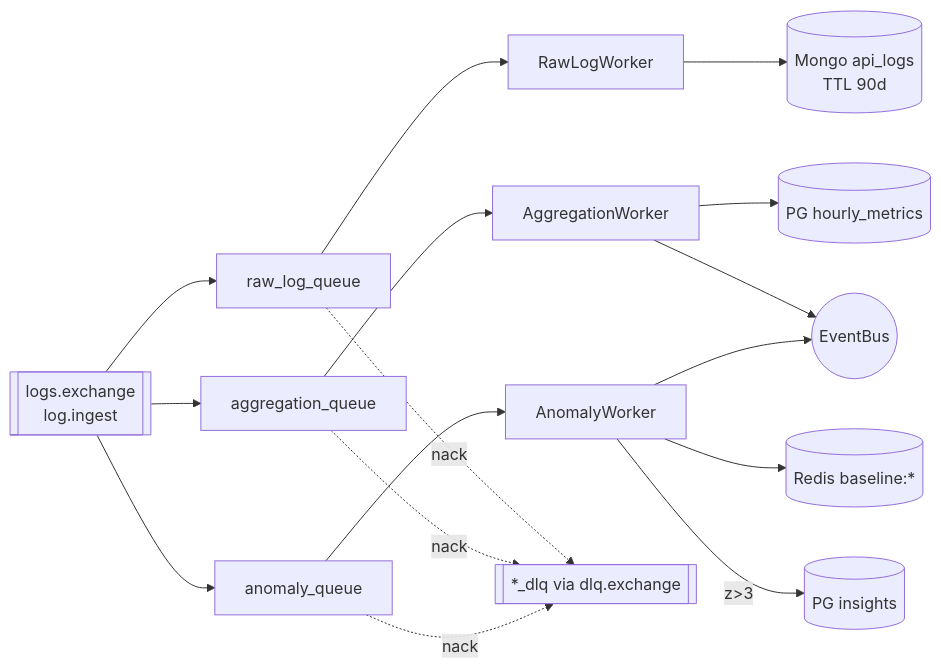
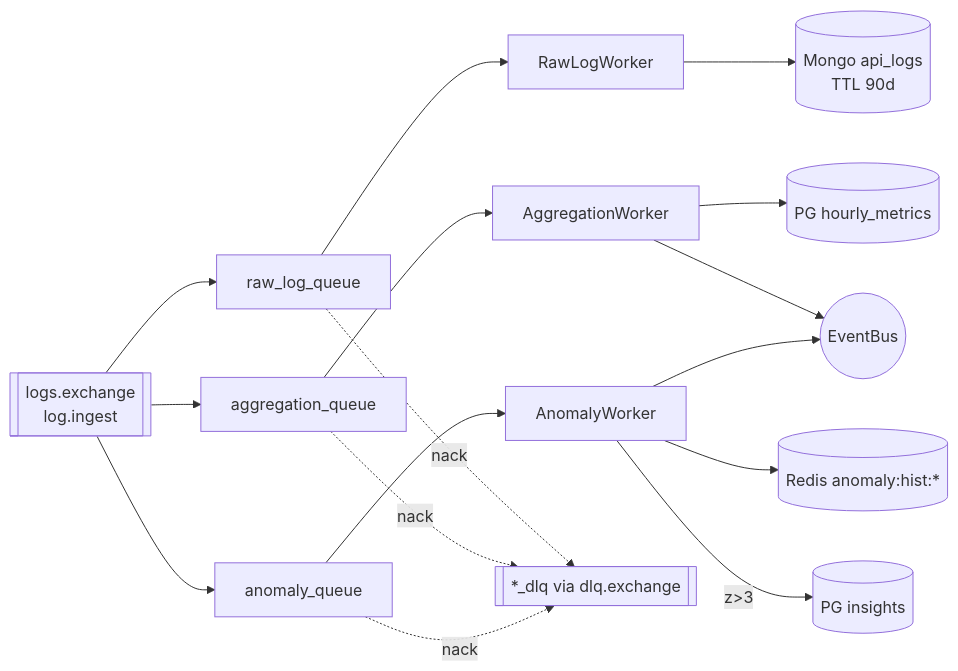
One commit to Sarthak-Shreshtha01/ApexMonitor changed the second of 6 diagrams in docs/architecture/data-flow.md. Above: the diagram before and after it, drawn with Mermaid. The commit also changed 13 other files, not shown here.

````diff
--- a/docs/architecture/data-flow.md
+++ b/docs/architecture/data-flow.md
@@ -31,9 +31,9 @@
 ```mermaid
 flowchart LR
     MQ[[logs.exchange<br/>log.ingest]] --> Q1[raw_log_queue] --> W1[RawLogWorker] --> M[(Mongo api_logs<br/>TTL 90d)]
     MQ --> Q2[aggregation_queue] --> W2[AggregationWorker] --> P[(PG hourly_metrics)]
-    MQ --> Q3[anomaly_queue] --> W3[AnomalyWorker] --> B[(Redis baseline:*)]
+    MQ --> Q3[anomaly_queue] --> W3[AnomalyWorker] --> B[(Redis anomaly:hist:*)]
     W3 -- z>3 --> I[(PG insights)]
     W2 & W3 --> EB((EventBus))
     Q1 & Q2 & Q3 -. nack .-> DLQ[[*_dlq via dlq.exchange]]
 ```
````
